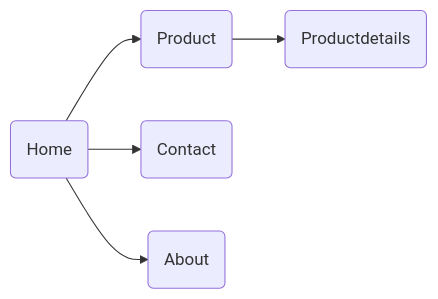
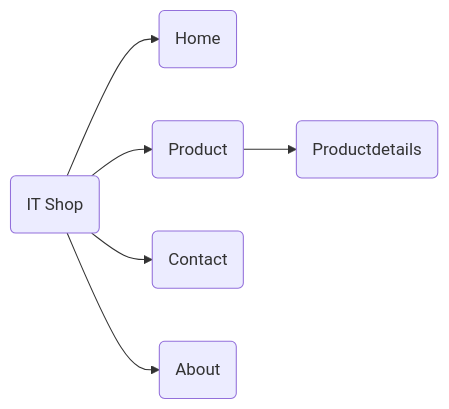
The diagram in README.md (BloodyRegina/ITStore), drawn with Mermaid before and after one commit.

````diff
--- a/README.md
+++ b/README.md
@@ -9,7 +9,8 @@
 ```mermaid
 graph LR
-A(Home) --> B(Product)
-A --> C(Contact)
-A --> D(About)
+O(IT Shop) --> A(Home)
+O --> B(Product)
+O --> C(Contact)
+O --> D(About)
 B --> B2(Productdetails)
 ```
````
